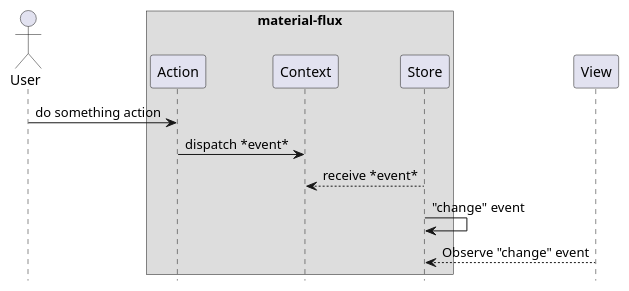
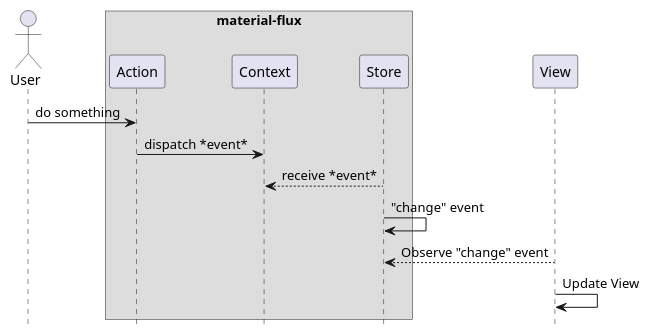
One commit to azu/material-flux changed the diagram in docs/figures/material-flux.puml. Above: the diagram before and after it, drawn with PlantUML.

Commit message:
docs(readme): update flux image

```diff
--- a/docs/figures/material-flux.puml
+++ b/docs/figures/material-flux.puml
@@ -1,17 +1,18 @@
 @startuml
 
   hide footbox
   Actor User
-  User -> Action: do something action
+  User -> Action: do something
   box "material-flux"
     participant Action
     participant Context
     participant Store
   end box
 
   Action -> Context: dispatch *event*
   Context <-- Store: receive *event*
   Store -> Store: "change" event
   Store <-- View: Observe "change" event
+  View -> View: Update View
 
 @enduml
```
